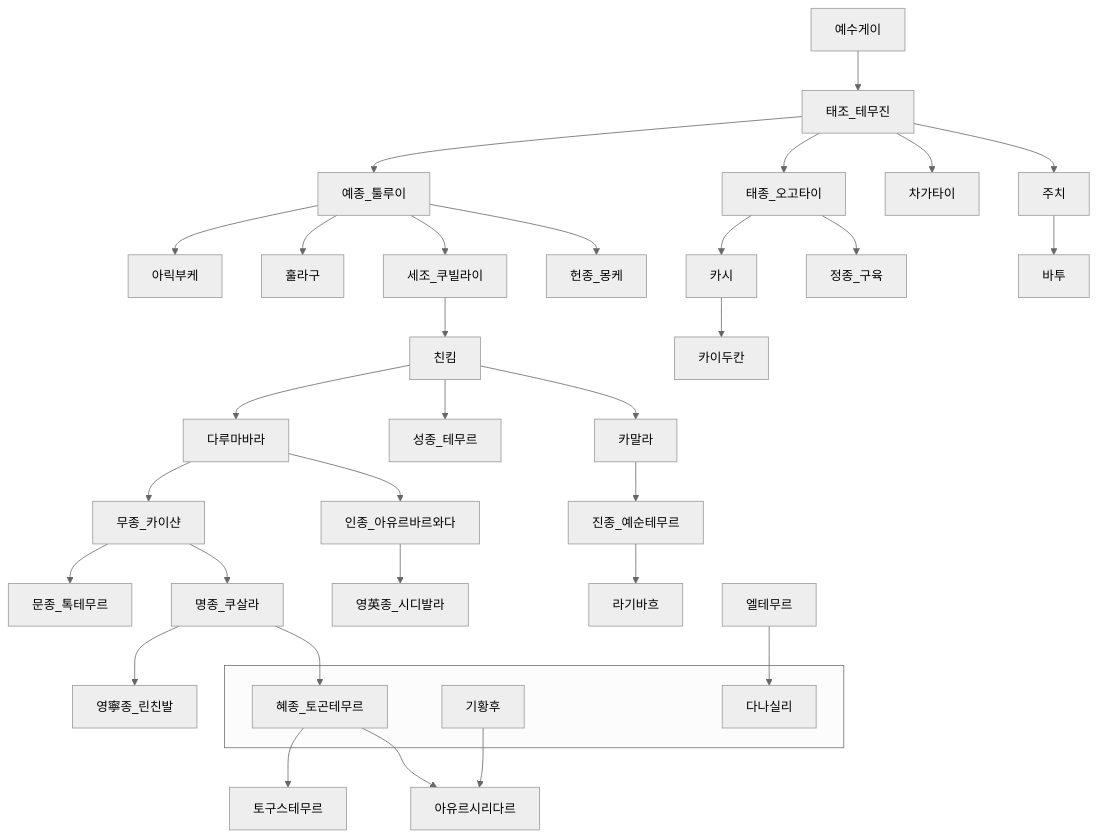
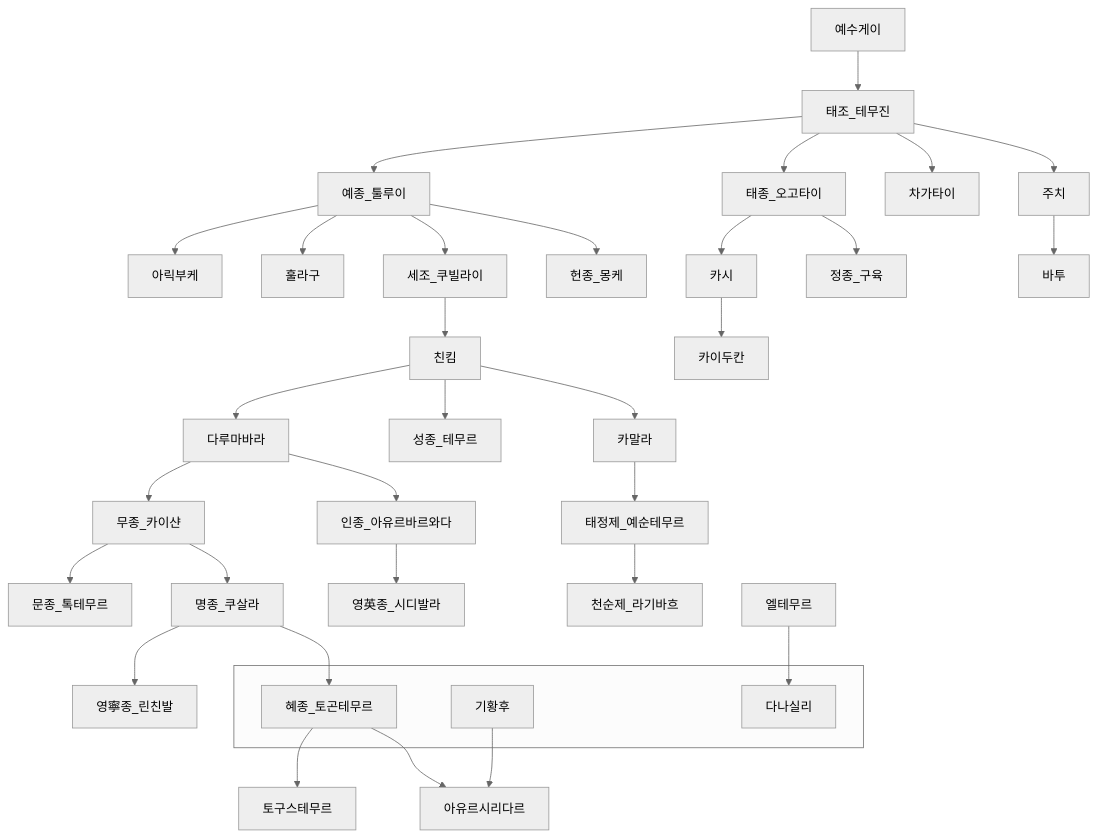
One commit to daewonyoon/historigram changed the second of 2 diagrams in 중국사/원왕조.md. Above: the diagram before and after it, drawn with Mermaid (neutral theme). The commit also changed other lines of this file, not shown here.

````diff
--- a/중국사/원왕조.md
+++ b/중국사/원왕조.md
@@ -36,38 +36,38 @@
 ```mermaid
 
 graph TD
 예수게이 --> 태조_테무진 
 태조_테무진 --> 주치 --> 바투
 태조_테무진 --> 차가타이
 태조_테무진 --> 태종_오고타이 --> 정종_구육
 태조_테무진 --> 예종_툴루이
 
 태종_오고타이 --> 카시 --> 카이두칸
 예종_툴루이 --> 헌종_몽케
 예종_툴루이 --> 세조_쿠빌라이 --> 친킴 
 예종_툴루이 --> 훌라구
 예종_툴루이 --> 아릭부케
 
 친킴 --> 카말라
 친킴 --> 성종_테무르
 친킴 --> 다루마바라
 
-카말라 --> 진종_예순테무르 --> 라기바흐
+카말라 --> 태정제_예순테무르 --> 천순제_라기바흐
 
 다루마바라 --> 인종_아유르바르와다 --> 영英종_시디발라
 다루마바라 --> 무종_카이샨 --> 명종_쿠살라 --> 혜종_토곤테무르 --> 아유르시리다르
 명종_쿠살라 --> 영寧종_린친발
 기황후 --> 아유르시리다르
 혜종_토곤테무르 --> 토구스테무르
 
 무종_카이샨 --> 문종_톡테무르
 
 엘테무르 --> 다나실리
 
 subgraph " "
     다나실리
     혜종_토곤테무르
     기황후
 end
 
 ```
````
